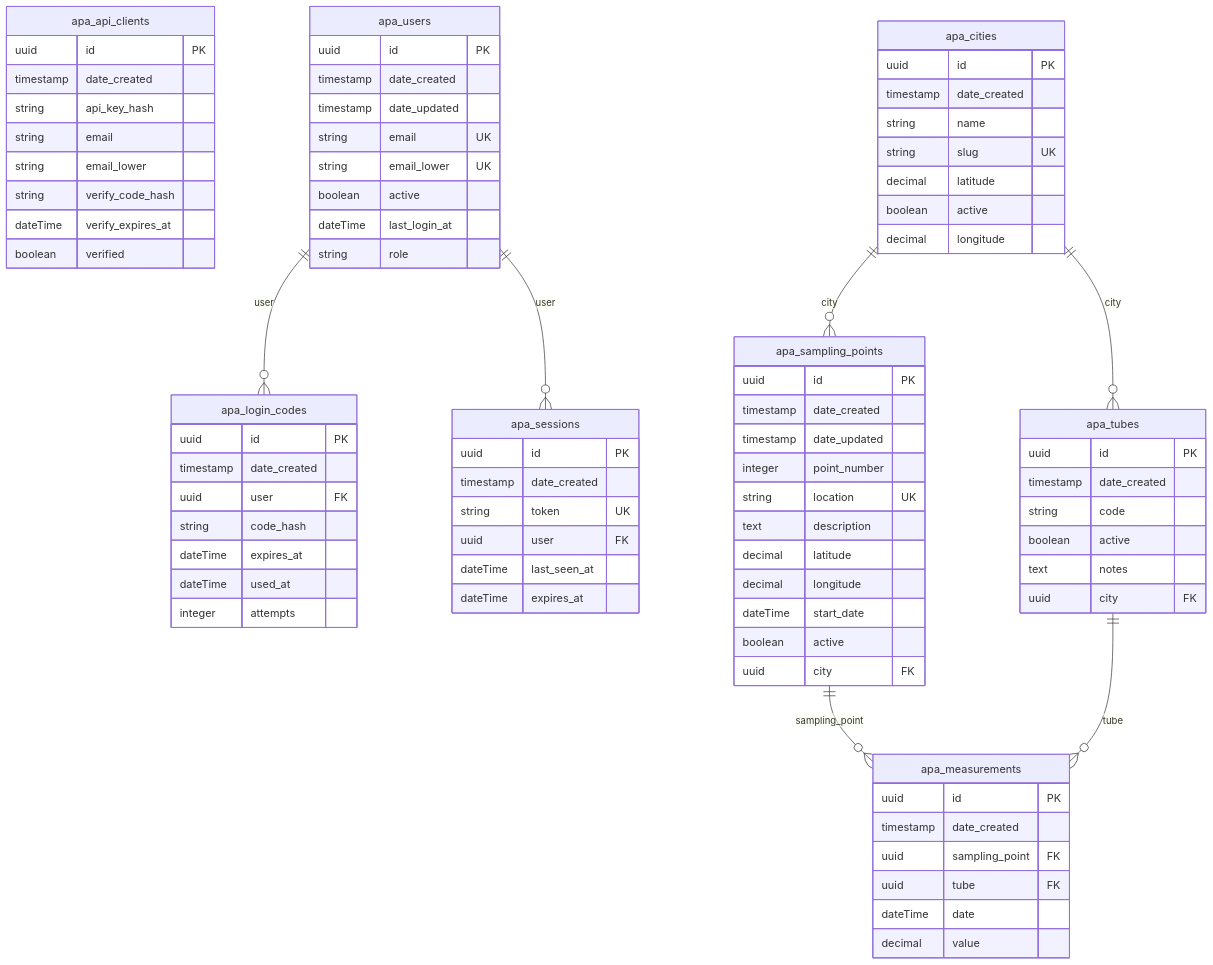
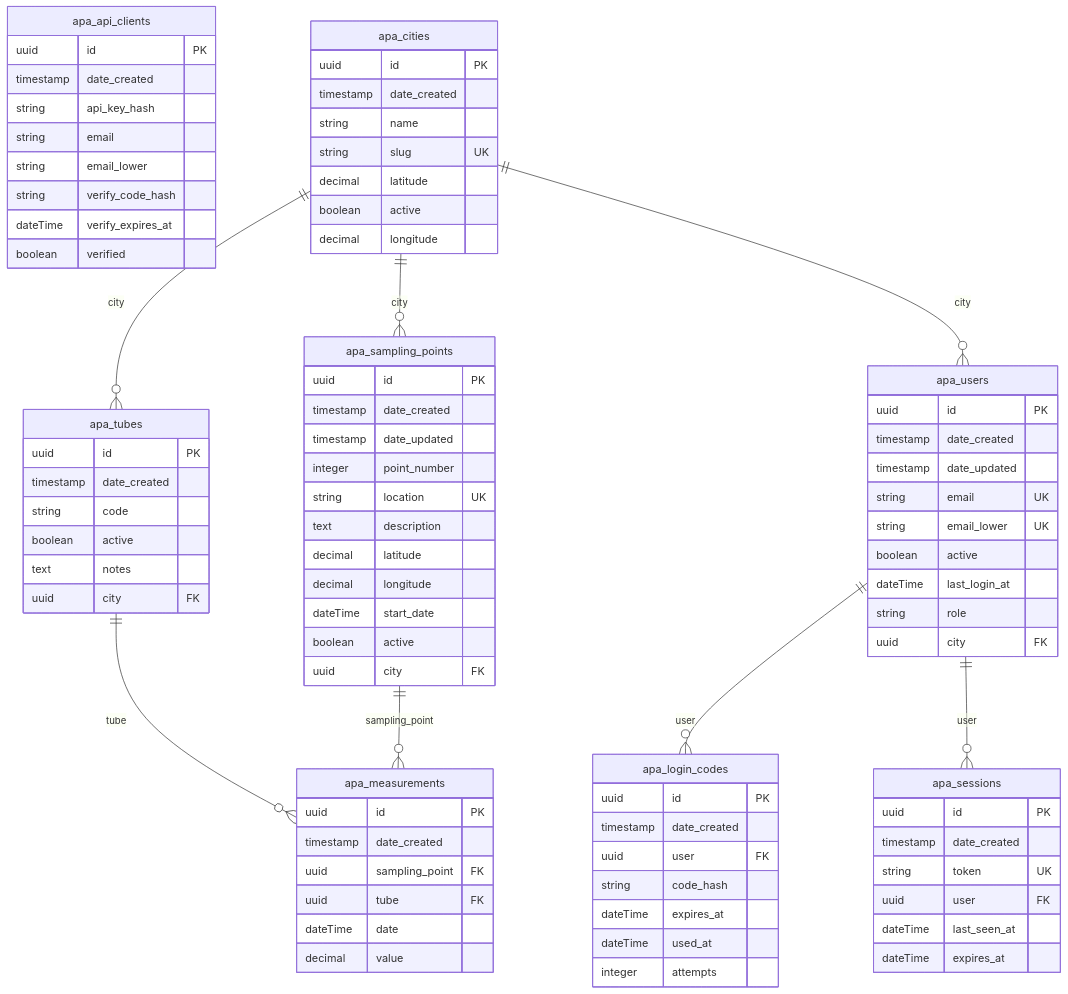
Before and after one commit to fdnd-agency/air-pollution-africa: the diagram in docs/apa-schema.md, drawn with Mermaid. The commit also changed other lines of this file and 17 other files, not shown here.

````diff
--- a/docs/apa-schema.md
+++ b/docs/apa-schema.md
@@ -82,6 +82,7 @@
         boolean active
         dateTime last_login_at
         string role
+        uuid city FK
     }
     apa_users ||--o{ apa_login_codes : user
     apa_cities ||--o{ apa_sampling_points : city
@@ -89,4 +90,5 @@
     apa_sampling_points ||--o{ apa_measurements : sampling_point
     apa_cities ||--o{ apa_tubes : city
     apa_users ||--o{ apa_sessions : user
+    apa_cities ||--o{ apa_users : city
 ```
````
